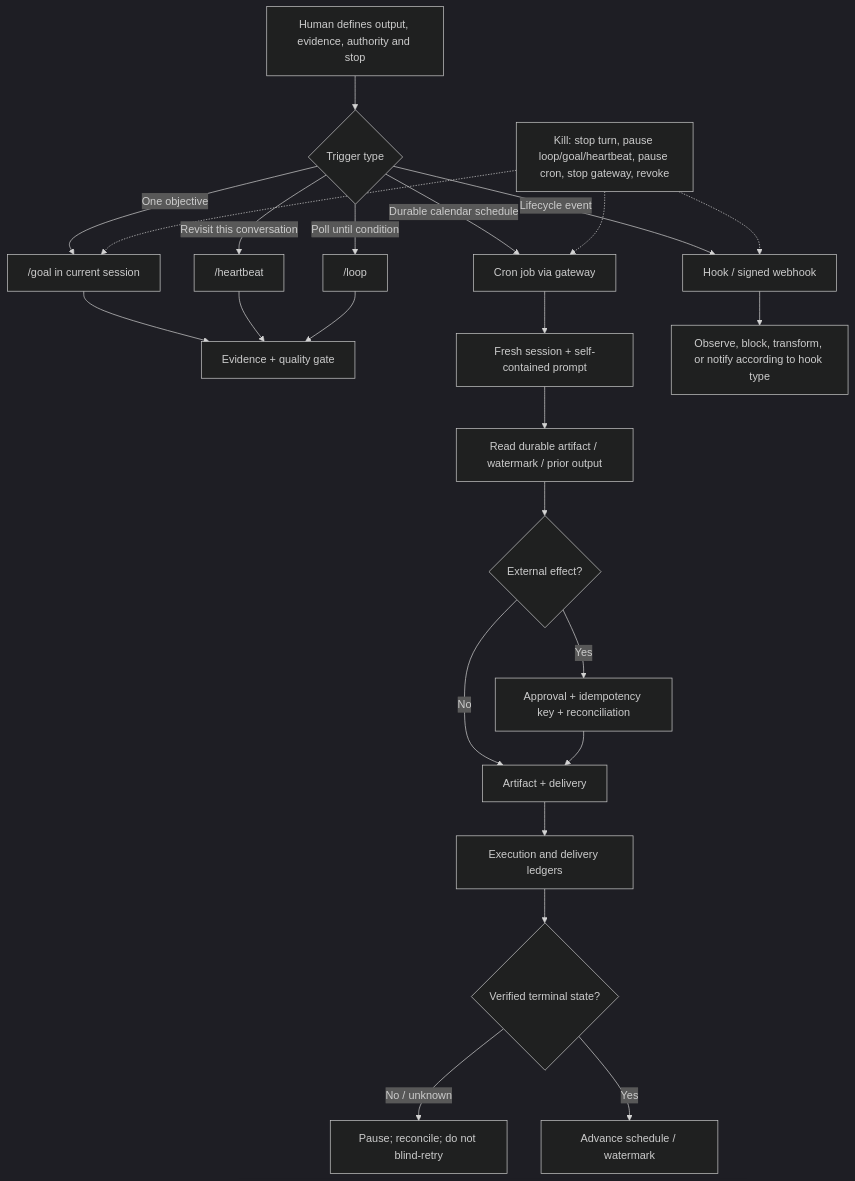
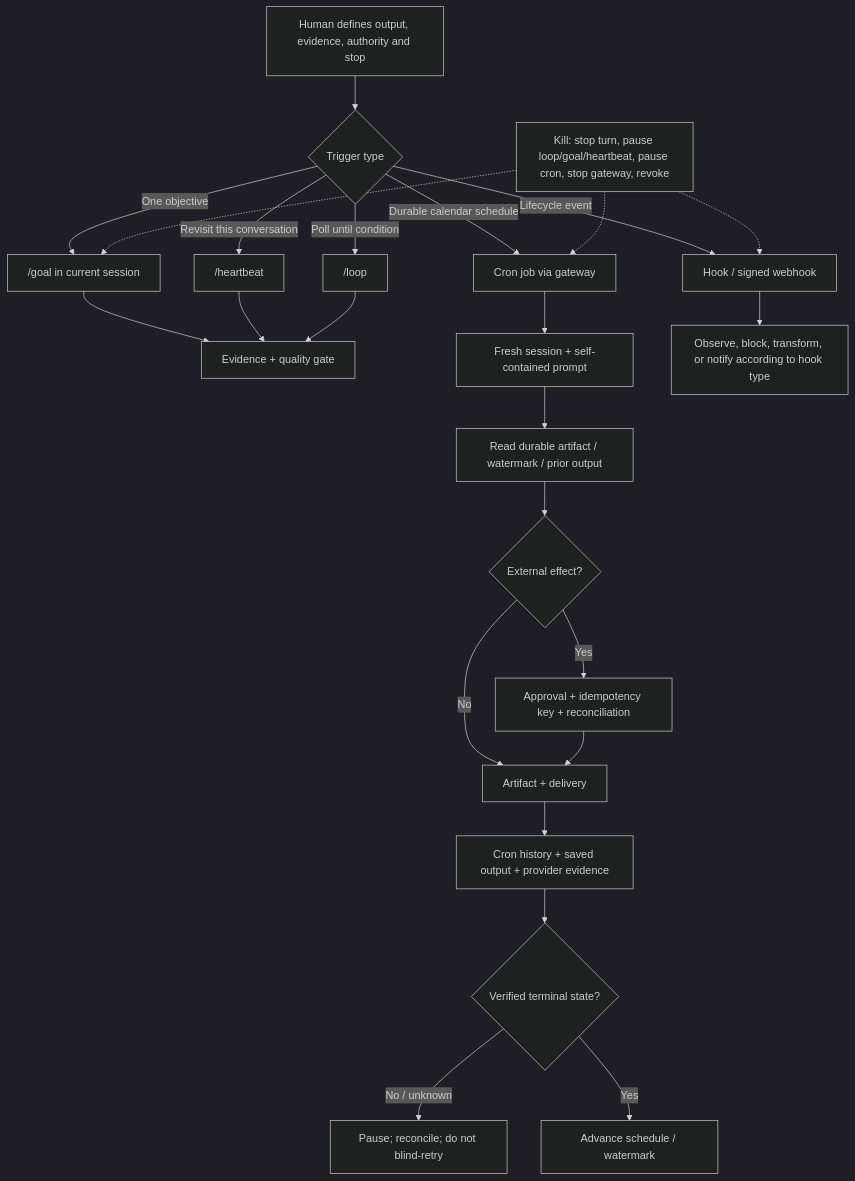
One commit to monath1/hermes-masterclass changed the diagram in docs/part-2/10-goals-and-background-operations.md. Above: the diagram before and after it, drawn with Mermaid (dark theme). The commit also changed other lines of this file and 1 other file, not shown here.

Commit message:
docs: correct cron delivery and blueprint isolation

````diff
--- a/docs/part-2/10-goals-and-background-operations.md
+++ b/docs/part-2/10-goals-and-background-operations.md
@@ -51,26 +51,26 @@
 ```mermaid
 flowchart TD
     U["Human defines output, evidence, authority and stop"] --> D{"Trigger type"}
     D -->|"One objective"| G["/goal in current session"]
     D -->|"Revisit this conversation"| H["/heartbeat"]
     D -->|"Poll until condition"| L["/loop"]
     D -->|"Durable calendar schedule"| C["Cron job via gateway"]
     D -->|"Lifecycle event"| K["Hook / signed webhook"]
     G --> E["Evidence + quality gate"]
     H --> E
     L --> E
     C --> F["Fresh session + self-contained prompt"]
     F --> S["Read durable artifact / watermark / prior output"]
     K --> A["Observe, block, transform, or notify according to hook type"]
     S --> X{"External effect?"}
     X -->|"No"| O["Artifact + delivery"]
     X -->|"Yes"| I["Approval + idempotency key + reconciliation"]
     I --> O
-    O --> R["Execution and delivery ledgers"]
+    O --> R["Cron history + saved output + provider evidence"]
     R --> Q{"Verified terminal state?"}
     Q -->|"No / unknown"| P["Pause; reconcile; do not blind-retry"]
     Q -->|"Yes"| N["Advance schedule / watermark"]
     B["Kill: stop turn, pause loop/goal/heartbeat, pause cron, stop gateway, revoke"] -.-> G
     B -.-> C
     B -.-> K
 ```
````
